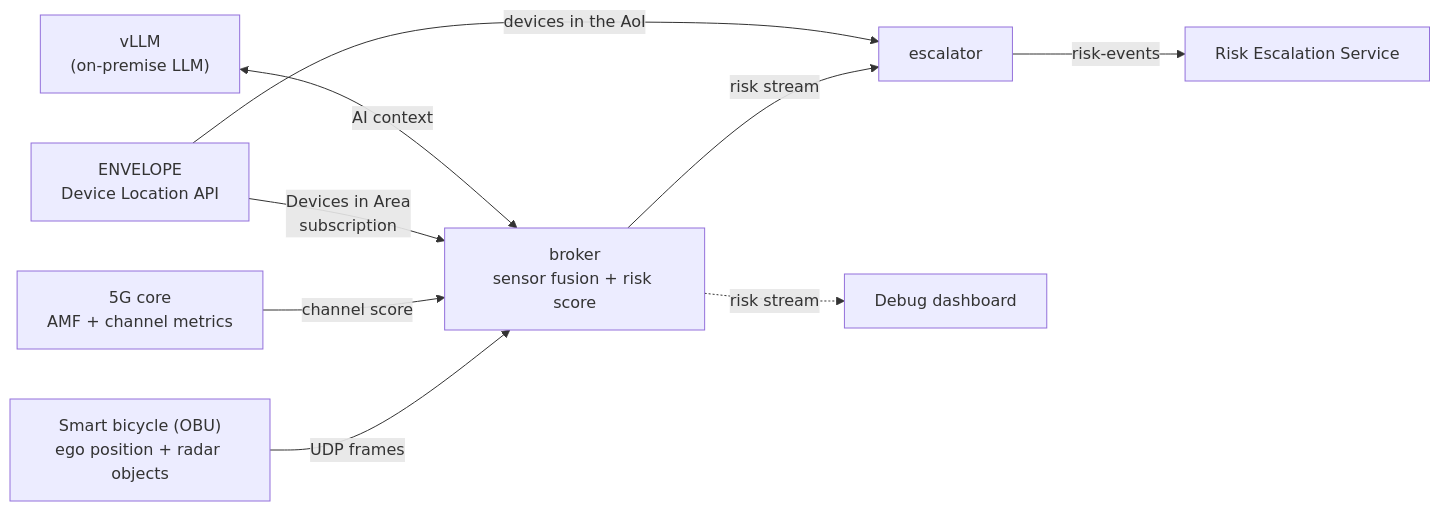
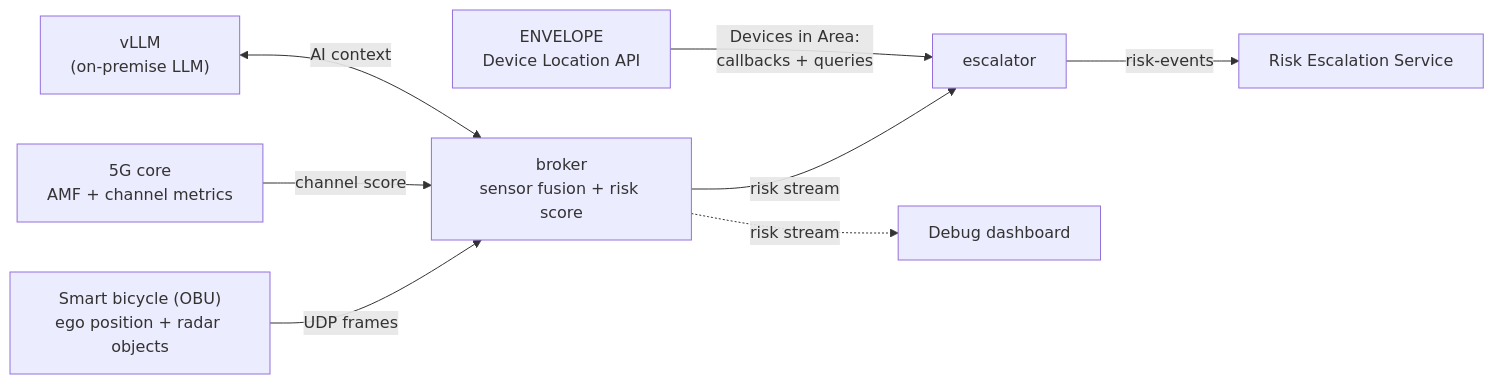
Before and after one commit to robpegurri/guardtwin-edge: the diagram in README.md, drawn with Mermaid. The commit also changed other lines of this file and 15 other files, not shown here.

````diff
--- a/README.md
+++ b/README.md
@@ -34,11 +34,10 @@
 ```mermaid
 flowchart LR
     bike["Smart bicycle (OBU)<br/>ego position + radar objects"] -- "UDP frames" --> broker
     core["5G core<br/>AMF + channel metrics"] -- "channel score" --> broker
-    env["ENVELOPE<br/>Device Location API"] -- "Devices in Area<br/>subscription" --> broker
     llm["vLLM<br/>(on-premise LLM)"] <-- "AI context" --> broker
     broker["broker<br/>sensor fusion + risk score"] -- "risk stream" --> escalator
-    env -- "devices in the AoI" --> escalator
+    env["ENVELOPE<br/>Device Location API"] -- "Devices in Area:<br/>callbacks + queries" --> escalator
     escalator -- "risk-events" --> res["Risk Escalation Service"]
     broker -. "risk stream" .-> dash["Debug dashboard"]
 ```
````
